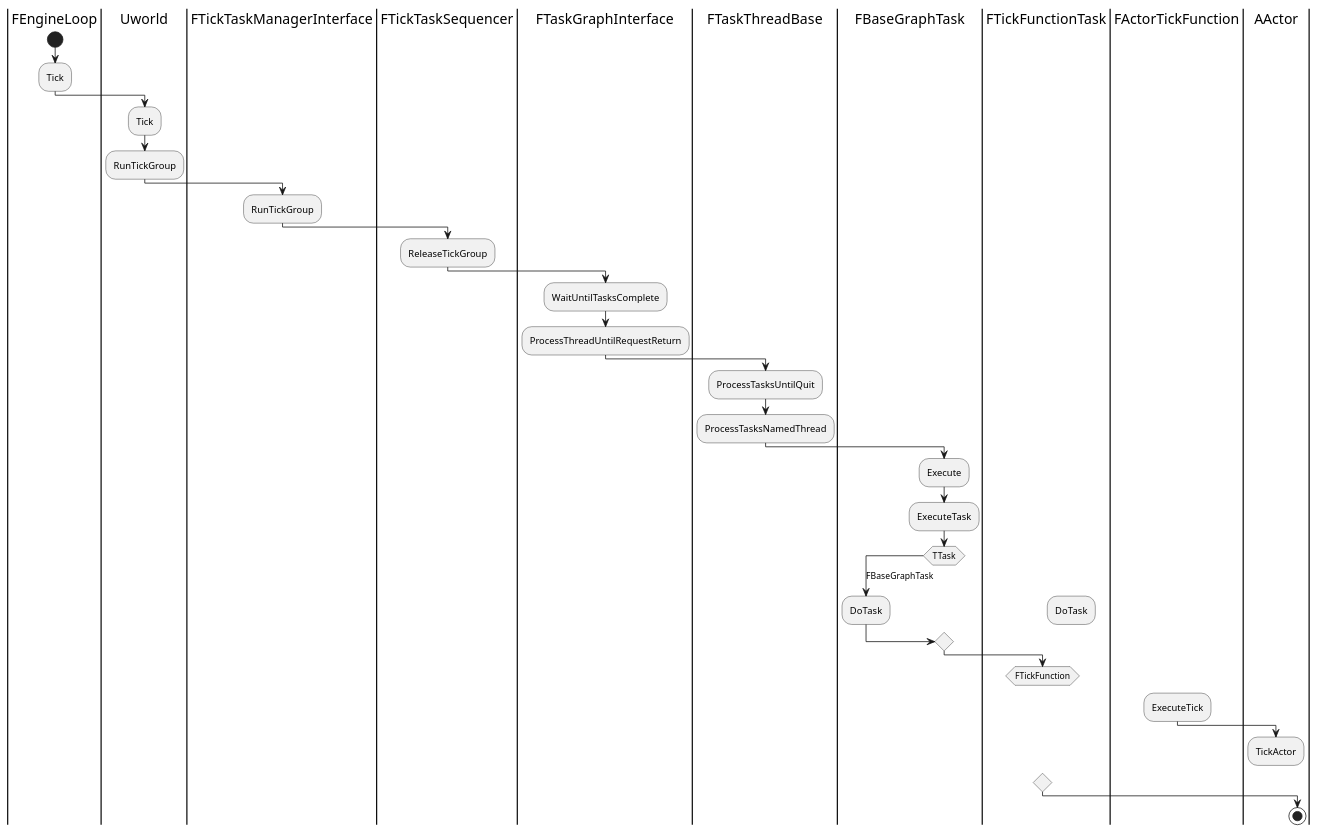
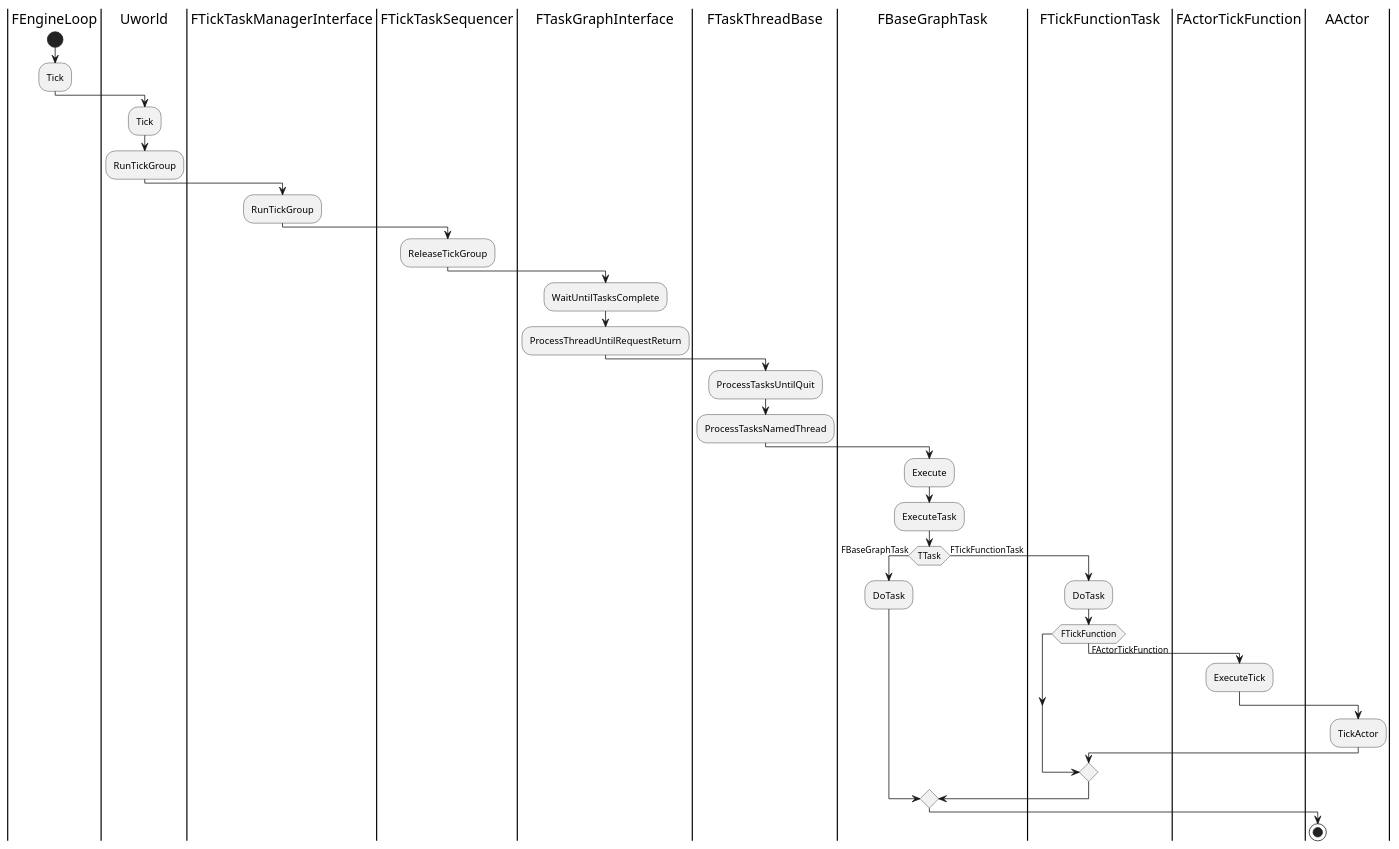
Before and after one commit to wsw364321644/Renderer: the diagram in Doc/UE/ad_tick.pu, drawn with PlantUML. The commit also changed 3 other files, not shown here.

```diff
--- a/Doc/UE/ad_tick.pu
+++ b/Doc/UE/ad_tick.pu
@@ -1,45 +1,45 @@
 @startuml
 |FEngineLoop|
 start
 :Tick;
 
 |Uworld|
 :Tick;
 :RunTickGroup;
 
 |FTickTaskManagerInterface|
 :RunTickGroup;
 
 |FTickTaskSequencer|
 :ReleaseTickGroup;
 
 |FTaskGraphInterface|
 :WaitUntilTasksComplete;
 :ProcessThreadUntilRequestReturn;
 
 |FTaskThreadBase|
 :ProcessTasksUntilQuit;
 :ProcessTasksNamedThread;
 
 |FBaseGraphTask|
 :Execute;
 :ExecuteTask;
 
 
-switch (TTask)
-case (FBaseGraphTask)
+if(TTask) is (FBaseGraphTask) then
 :DoTask;
-case (FTickFunctionTask)
+else(FTickFunctionTask)
 |FTickFunctionTask|
 :DoTask;
-endswitch
 
-switch (FTickFunction)
-case (FActorTickFunction)
+if(FTickFunction) is(FActorTickFunction) then
 |FActorTickFunction|
 :ExecuteTick;
 |AActor|
 :TickActor;
-endswitch
+endif
+
+endif
+
 stop
 @enduml
```
